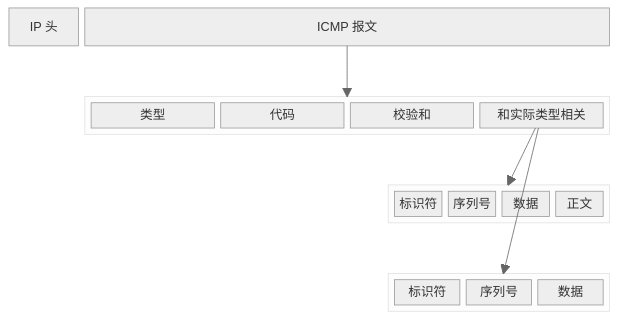
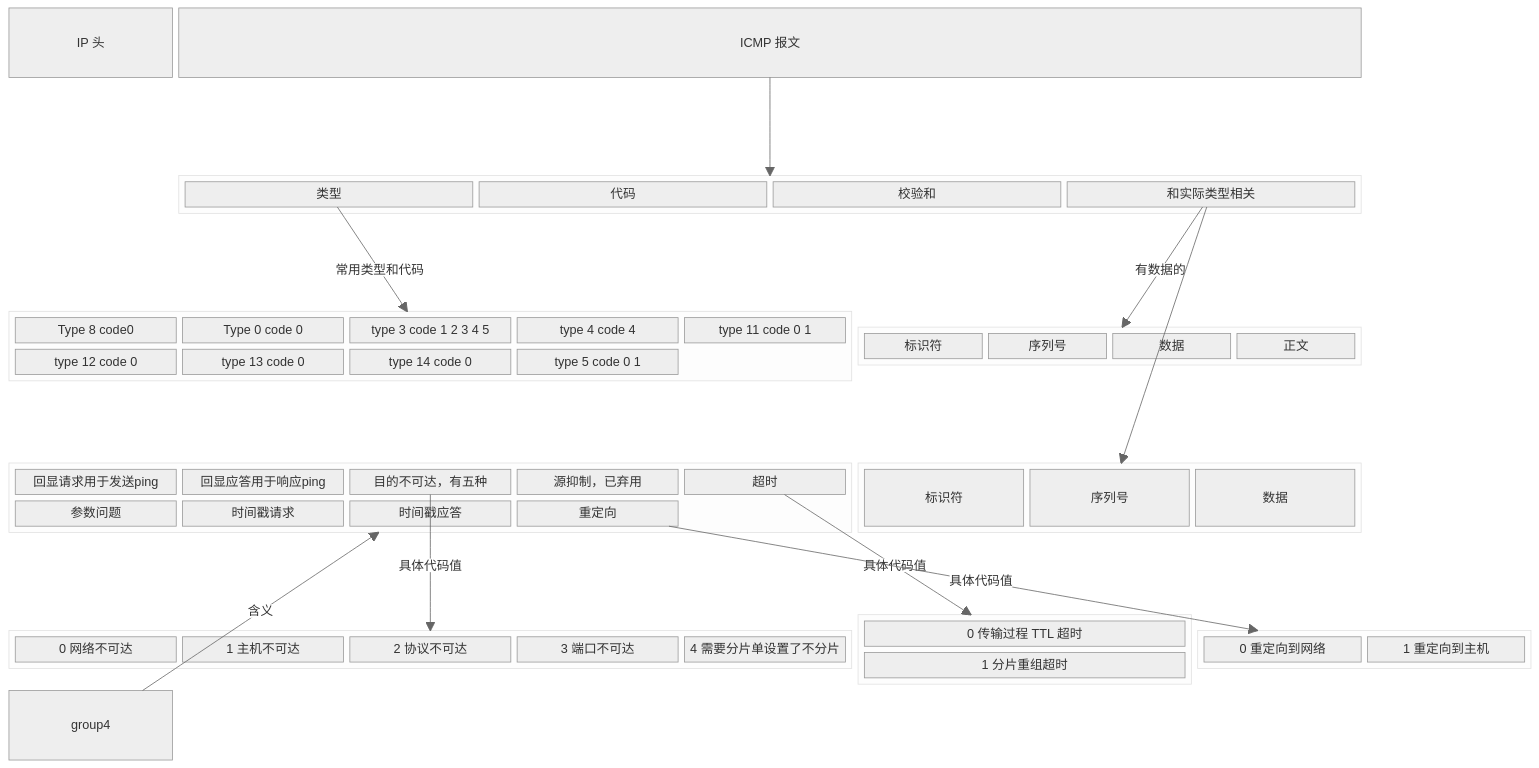
One commit to kyriejoshua/network-protocol-notes changed the first of 5 diagrams in lib/底层网络知识之从二层到三层/ICMP and Ping.md. Above: the diagram before and after it, drawn with Mermaid (neutral theme). The commit also changed 1 other file, not shown here.

Commit message:
:page_facing_up: 更新框图

````diff
--- a/lib/底层网络知识之从二层到三层/ICMP and Ping.md
+++ b/lib/底层网络知识之从二层到三层/ICMP and Ping.md
@@ -16,29 +16,54 @@
 ```mermaid
 block-beta
   columns 8
   A["IP 头"]:1
   B["ICMP 报文"]:7
   space:8
   space:1
   block:group1:7
     columns 4
     h["类型"] i["代码"] j["校验和"] k["和实际类型相关"]
   end
   space:8
-  space:5
+  block:groupTCS:5
+    columns 5
+    h1["Type 8 code0"] h2["Type 0 code 0"] h3["type 3 code 1 2 3 4 5"] h4["type 4 code 4"] h5["type 11 code 0 1"] h6["type 12 code 0"] h7["type 13 code 0"] h8["type 14 code 0"] h9["type 5 code 0 1"]
+  end
   block:group2:3
     columns 4
     l["标识符"] m["序列号"] n["数据"] o["和实际类型相关"]
   end
   space:8
-  space:5
+  block:groupTC:5
+    columns 5
+    h11["回显请求用于发送ping"] h22["回显应答用于响应ping"] h33["目的不可达，有五种"] h44["源抑制，已弃用"] h55["超时"] h66["参数问题"] h77["时间戳请求"] h88["时间戳应答"] h99["重定向"]
+  end
   block:group3:3
     columns 4
     p["标识符"] q["序列号"] r["数据"] o["正文"]
   end
+  
+  space:8
+  block:groupTC3:5
+    columns 5
+    tc30["0 网络不可达"] tc31["1 主机不可达"] tc32["2 协议不可达"] tc33["3 端口不可达"] tc34["4 需要分片单设置了不分片"]
+  end
+  
+  block:groupTC11:2
+    columns 1
+    tc110["0 传输过程 TTL 超时"] tc1111["1 分片重组超时"] 
+  end
+
+  block:groupTC5:2
+    columns 2
+    tc50["0 重定向到网络"] tc51["1 重定向到主机"] 
+  end
   B --> group1
-  k --> group2
+  k --"有数据的"--> group2
   k --> group3
-  
-
+  h --"常用类型和代码"--> groupTCS
+  group4 --"含义"--> groupTC
+  h33 --"具体代码值"--> groupTC3
+  h55 --"具体代码值"--> groupTC11
+  h99 --"具体代码值"--> groupTC5
 ```
````
